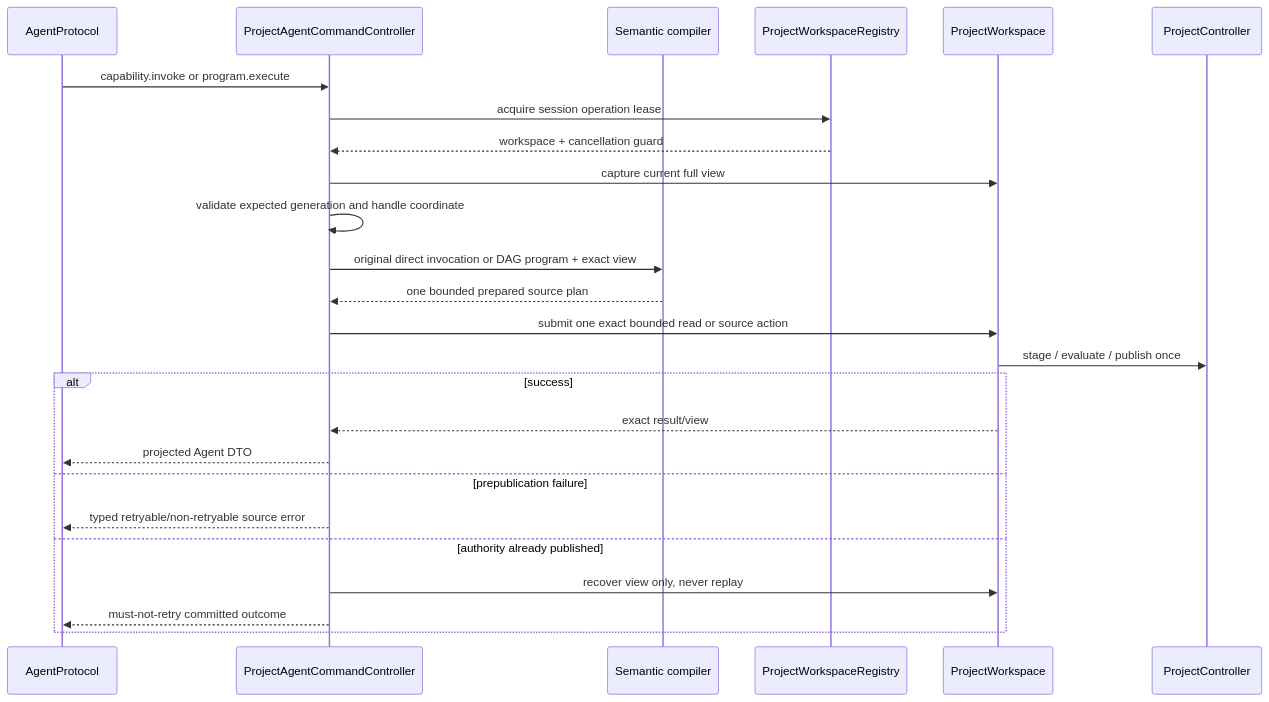
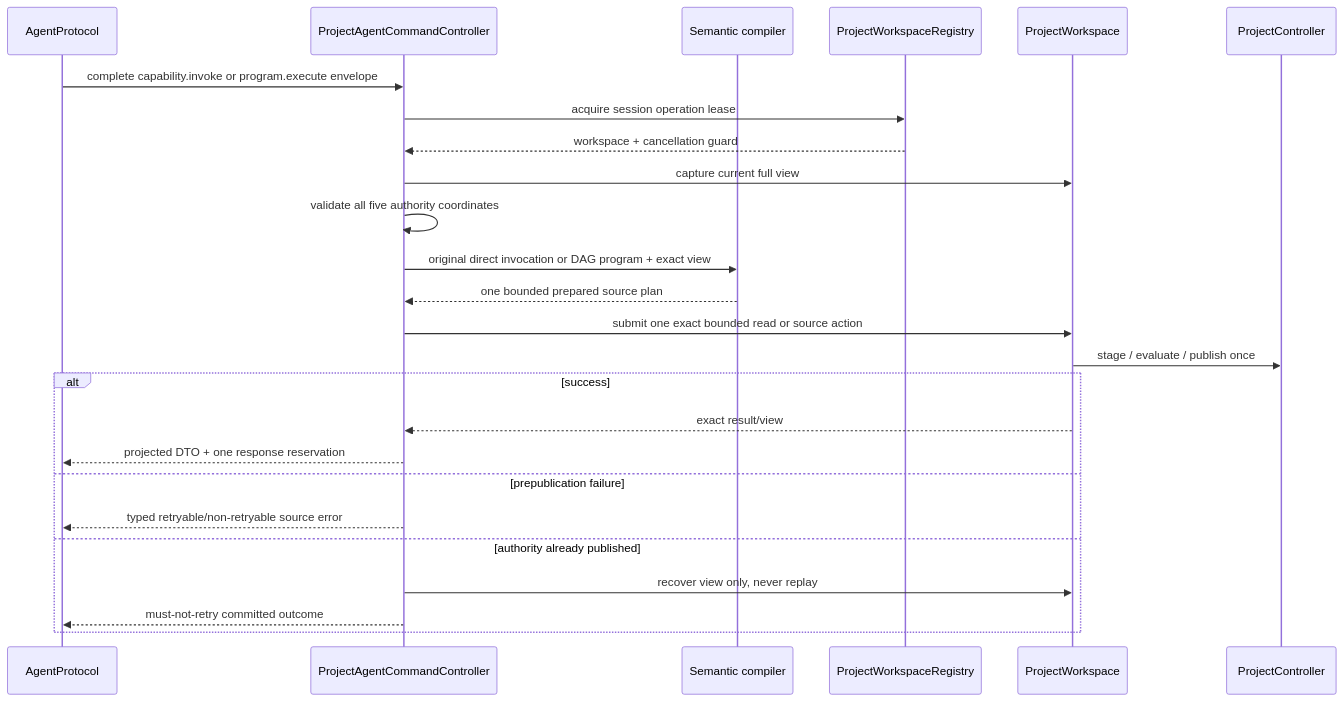
The second of 2 diagrams in RupaKit/Sources/RupaAgentRuntime/DESIGN.md (1amageek/Rupa), drawn with Mermaid before and after one commit. The commit also changed other lines of this file and 72 other files, not shown here.

````diff
--- a/RupaKit/Sources/RupaAgentRuntime/DESIGN.md
+++ b/RupaKit/Sources/RupaAgentRuntime/DESIGN.md
@@ -149,27 +160,27 @@
 ```mermaid
 sequenceDiagram
     participant P as AgentProtocol
     participant R as ProjectAgentCommandController
     participant C as Semantic compiler
     participant G as ProjectWorkspaceRegistry
     participant W as ProjectWorkspace
     participant PC as ProjectController
-    P->>R: capability.invoke or program.execute
+    P->>R: complete capability.invoke or program.execute envelope
     R->>G: acquire session operation lease
     G-->>R: workspace + cancellation guard
     R->>W: capture current full view
-    R->>R: validate expected generation and handle coordinate
+    R->>R: validate all five authority coordinates
     R->>C: original direct invocation or DAG program + exact view
     C-->>R: one bounded prepared source plan
     R->>W: submit one exact bounded read or source action
     W->>PC: stage / evaluate / publish once
     alt success
         W-->>R: exact result/view
-        R-->>P: projected Agent DTO
+        R-->>P: projected DTO + one response reservation
     else prepublication failure
         R-->>P: typed retryable/non-retryable source error
     else authority already published
         R->>W: recover view only, never replay
         R-->>P: must-not-retry committed outcome
     end
 ```
````
